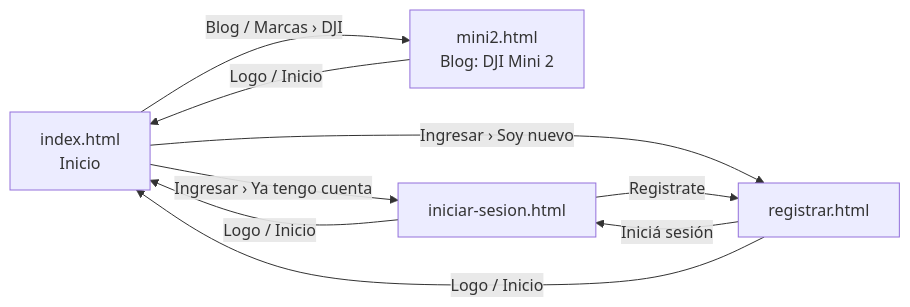
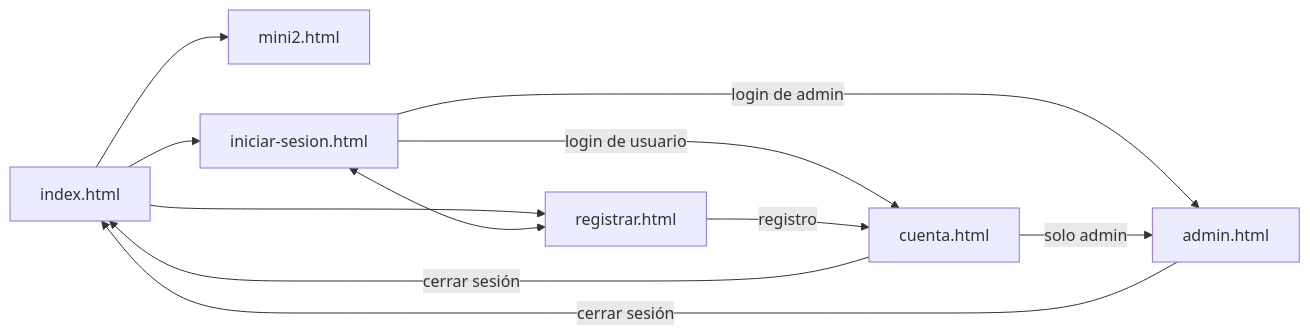
Before and after one commit to blasscode/Droner: the third of 3 diagrams in README.md, drawn with Mermaid. The commit also changed other lines of this file and 24 other files, not shown here.

````diff
--- a/README.md
+++ b/README.md
@@ -113,16 +249,20 @@
 ```mermaid
 flowchart LR
-    I[index.html<br>Inicio]
-    M[mini2.html<br>Blog: DJI Mini 2]
+    I[index.html]
+    M[mini2.html]
     L[iniciar-sesion.html]
     R[registrar.html]
+    C[cuenta.html]
+    A[admin.html]
 
-    I -- "Blog / Marcas › DJI" --> M
-    I -- "Ingresar › Ya tengo cuenta" --> L
-    I -- "Ingresar › Soy nuevo" --> R
-    L -- "Registrate" --> R
-    R -- "Iniciá sesión" --> L
-    M -- "Logo / Inicio" --> I
-    L -- "Logo / Inicio" --> I
-    R -- "Logo / Inicio" --> I
+    I --> M
+    I --> L
+    I --> R
+    L <--> R
+    L -- "login de usuario" --> C
+    L -- "login de admin" --> A
+    R -- "registro" --> C
+    C -- "solo admin" --> A
+    C -- "cerrar sesión" --> I
+    A -- "cerrar sesión" --> I
 ```
````
